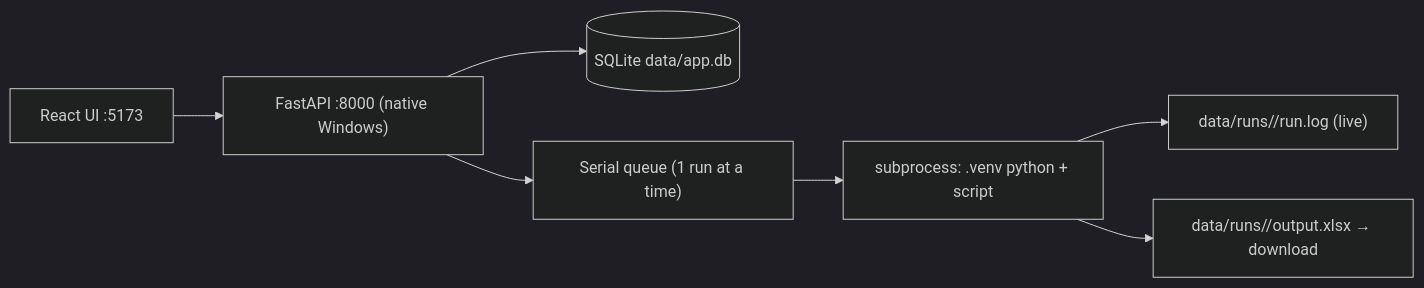
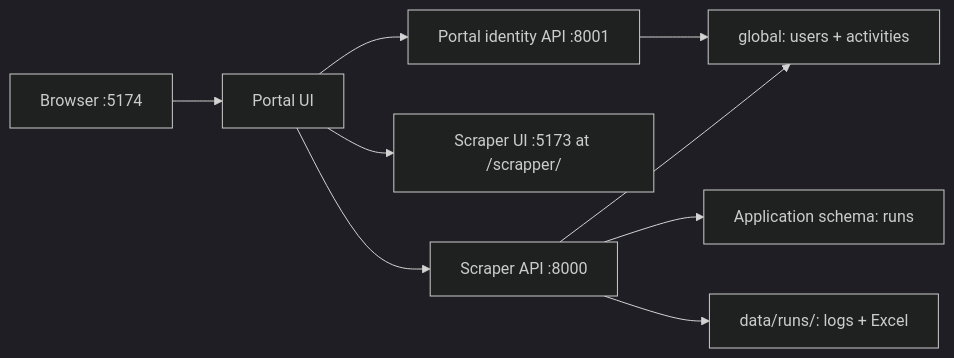
Before and after one commit to elfanikp-netizen/ipart-cms: the diagram in README.md, drawn with Mermaid (dark theme). The commit also changed other lines of this file and 95 other files, not shown here.

````diff
--- a/README.md
+++ b/README.md
@@ -124,9 +21,11 @@
 ```mermaid
 flowchart LR
-    UI["React UI :5173"] --> API["FastAPI :8000 (native Windows)"]
-    API --> DB[("SQLite data/app.db")]
-    API --> Q["Serial queue (1 run at a time)"]
-    Q --> P1["subprocess: .venv python + script"]
-    P1 --> L["data/runs/<id>/run.log (live)"]
-    P1 --> O["data/runs/<id>/output.xlsx → download"]
+    Browser["Browser :5174"] --> Portal["Portal UI"]
+    Portal --> Identity["Portal identity API :8001"]
+    Portal --> ScraperUI["Scraper UI :5173 at /scrapper/"]
+    Portal --> ScraperAPI["Scraper API :8000"]
+    Identity --> Global["global: users + activities"]
+    ScraperAPI --> Global
+    ScraperAPI --> Runs["Application schema: runs"]
+    ScraperAPI --> Files["data/runs/<id>: logs + Excel"]
 ```
````
